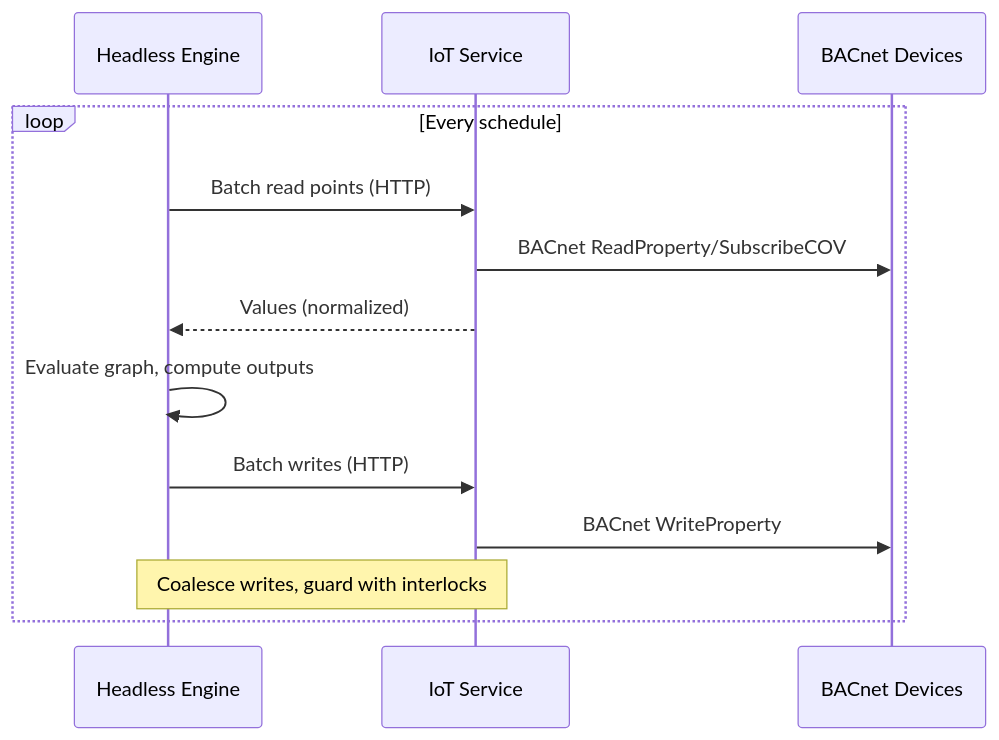
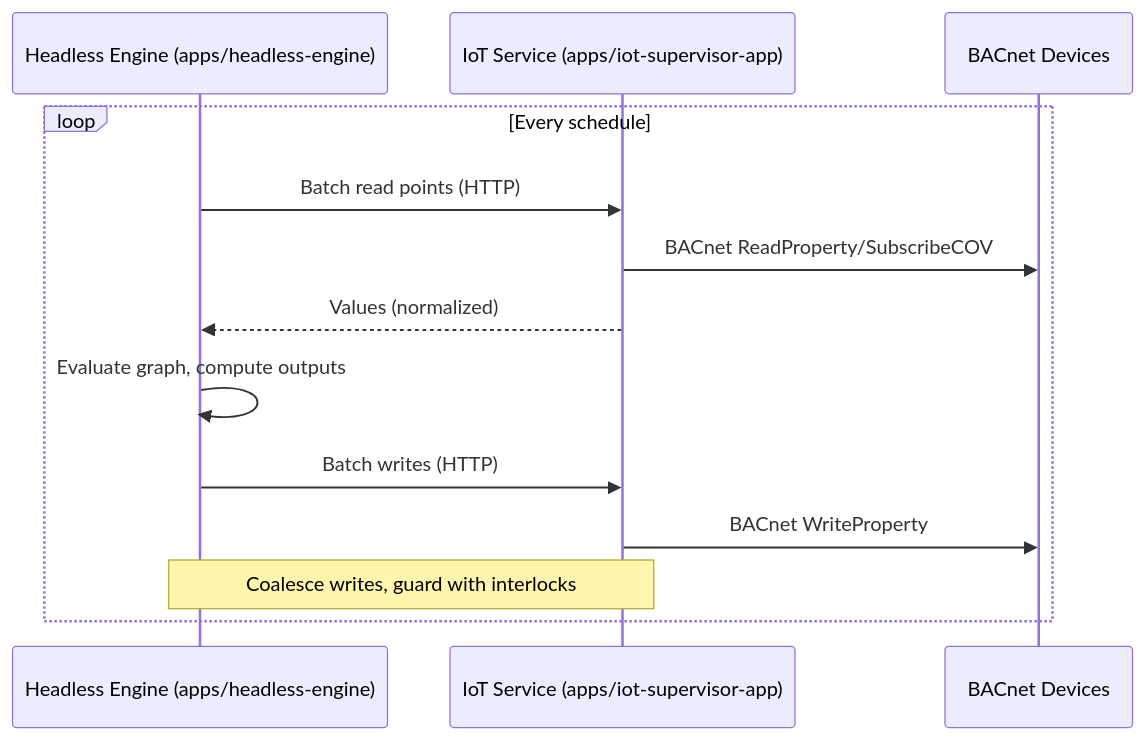
The fourth of 4 diagrams in docs/architecture.md (openbms-io/supervisor), drawn with Mermaid before and after one commit. The commit also changed other lines of this file, not shown here.

Commit message:
added architecture document

````diff
--- a/docs/architecture.md
+++ b/docs/architecture.md
@@ -174,16 +192,16 @@
 ```mermaid
 sequenceDiagram
-  participant ENG as Headless Engine
-  participant PY as IoT Service
+  participant ENG as Headless Engine (apps/headless-engine)
+  participant PY as IoT Service (apps/iot-supervisor-app)
   participant BAC as BACnet Devices
 
   loop Every schedule
     ENG->>PY: Batch read points (HTTP)
     PY->>BAC: BACnet ReadProperty/SubscribeCOV
     PY-->>ENG: Values (normalized)
     ENG->>ENG: Evaluate graph, compute outputs
     ENG->>PY: Batch writes (HTTP)
     PY->>BAC: BACnet WriteProperty
     note over ENG,PY: Coalesce writes, guard with interlocks
   end
 ```
````
